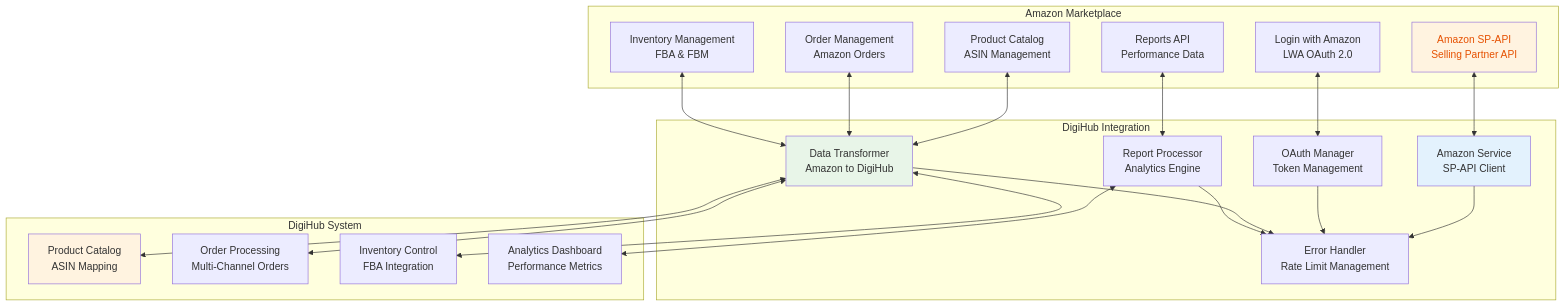
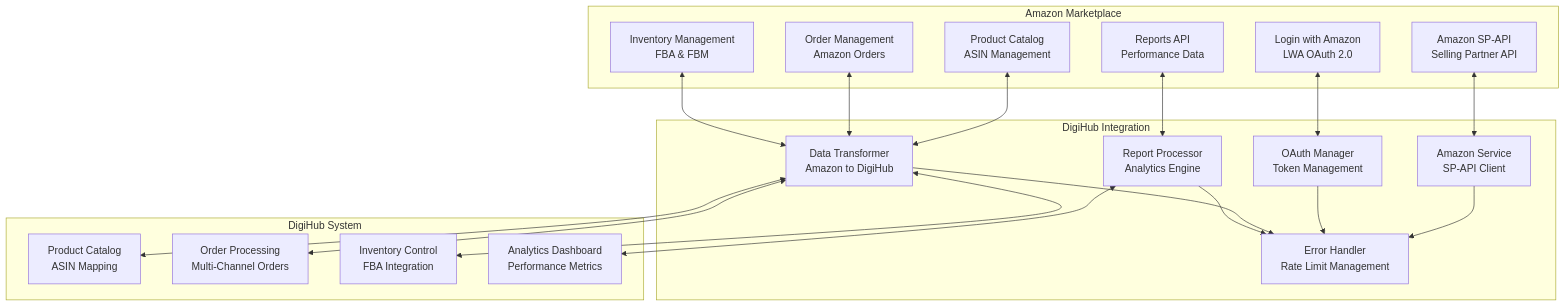
One commit to sandeepkumar0801/Digihub changed the tenth of 44 diagrams in README.md. Above: the diagram before and after it, drawn with Mermaid. The commit also changed other lines of this file, not shown here.

Commit message:
update diagram index

````diff
--- a/README.md
+++ b/README.md
@@ -1890,48 +1793,48 @@
 ```mermaid
 graph TD
     subgraph "Amazon Marketplace"
         A[Amazon SP-API<br/>Selling Partner API]
         B[Login with Amazon<br/>LWA OAuth 2.0]
         C[Product Catalog<br/>ASIN Management]
         D[Order Management<br/>Amazon Orders]
         E[Inventory Management<br/>FBA & FBM]
         F[Reports API<br/>Performance Data]
     end
 
     subgraph "DigiHub Integration"
         G[Amazon Service<br/>SP-API Client]
         H[OAuth Manager<br/>Token Management]
         I[Data Transformer<br/>Amazon to DigiHub]
         J[Report Processor<br/>Analytics Engine]
         K[Error Handler<br/>Rate Limit Management]
     end
 
     subgraph "DigiHub System"
         L[Product Catalog<br/>ASIN Mapping]
         M[Order Processing<br/>Multi-Channel Orders]
         N[Inventory Control<br/>FBA Integration]
         O[Analytics Dashboard<br/>Performance Metrics]
     end
 
     A <--> G
     B <--> H
     C <--> I
     D <--> I
     E <--> I
     F <--> J
 
     G --> K
     H --> K
     I --> K
     J --> K
 
     I <--> L
     I <--> M
     I <--> N
     J <--> O
 
-    style A fill:#fff3e0,color:#e65100
-    style G fill:#e3f2fd
-    style I fill:#e8f5e8
-    style L fill:#fff3e0
+
+
+
+
 ```
````
